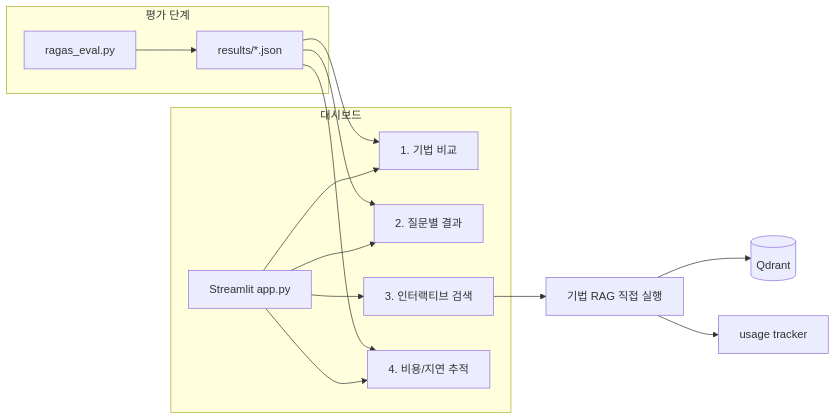
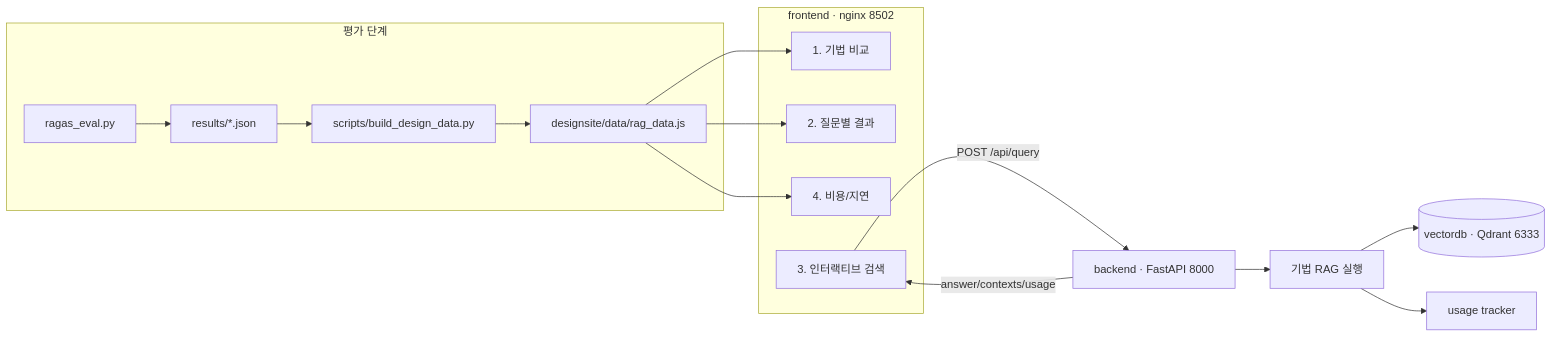
The fourth of 4 diagrams in docs/architecture.md (uncle-jongpal/rag-hub), drawn with Mermaid before and after one commit. The commit also changed other lines of this file and 18 other files, not shown here.

First line of the commit message:
RAG Frame V6: 3컨테이너 서빙 (frontend + backend + vectordb)

````diff
--- a/docs/architecture.md
+++ b/docs/architecture.md
@@ -111,21 +114,20 @@
 ```mermaid
 flowchart LR
     subgraph 평가 단계
         EVAL[ragas_eval.py] --> JSON[results/*.json]
+        JSON --> BUILD[scripts/build_design_data.py] --> DATA[designsite/data/rag_data.js]
     end
 
-    subgraph 대시보드
-        APP[Streamlit app.py] --> P1[1. 기법 비교]
-        APP --> P2[2. 질문별 결과]
-        APP --> P3[3. 인터랙티브 검색]
-        APP --> P4[4. 비용/지연 추적]
+    subgraph frontend [frontend · nginx 8502]
+        DATA --> P1[1. 기법 비교]
+        DATA --> P2[2. 질문별 결과]
+        DATA --> P4[4. 비용/지연]
+        P3[3. 인터랙티브 검색]
     end
 
-    JSON --> P1
-    JSON --> P2
-    JSON --> P4
-
-    P3 --> RAG[기법 RAG 직접 실행]
-    RAG --> QD[(Qdrant)]
+    P3 -- POST /api/query --> BE[backend · FastAPI 8000]
+    BE --> RAG[기법 RAG 실행]
+    RAG --> QD[(vectordb · Qdrant 6333)]
     RAG --> USAGE[usage tracker]
+    BE -- answer/contexts/usage --> P3
 ```
````
